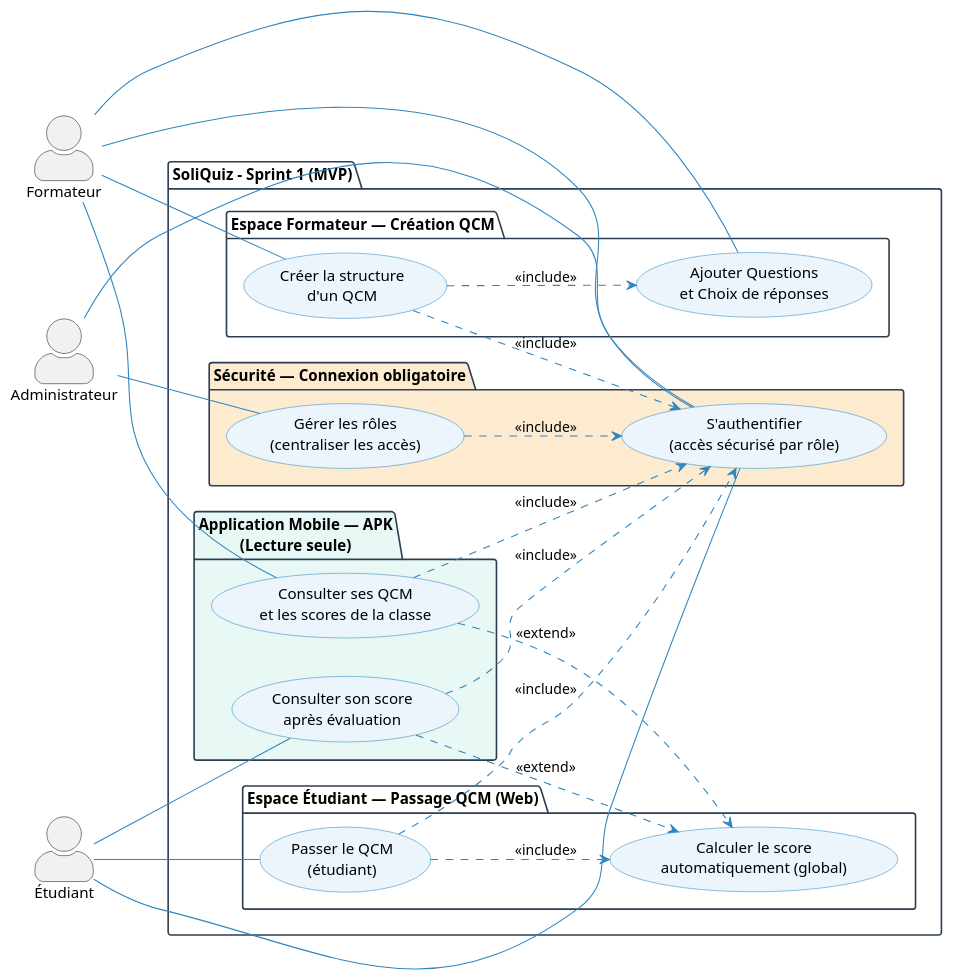
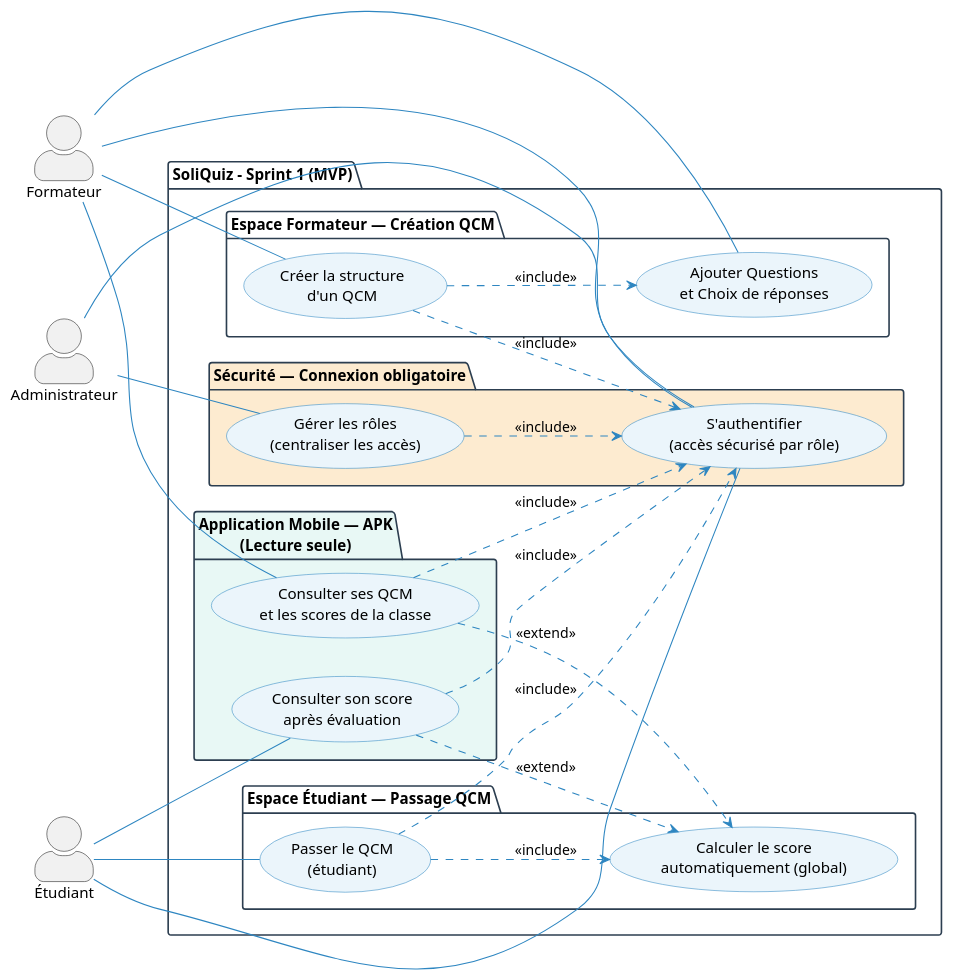
Before and after one commit to BENYEKHLEF-Anouar/SoliQuiz: the diagram in Analyse/cas-utilisation/cas-utilisation-sprint-1-mvp.puml, drawn with PlantUML. The commit also changed 2 other files, not shown here.

Commit message:
feat: Edit SoliQuiz Sprint 1 MVP use case diagram.

```diff
--- a/Analyse/cas-utilisation/cas-utilisation-sprint-1-mvp.puml
+++ b/Analyse/cas-utilisation/cas-utilisation-sprint-1-mvp.puml
@@ -1,57 +1,57 @@
 @startuml
 skinparam actorStyle awesome
 left to right direction
 skinparam package {
     BackgroundColor White
     BorderColor #2C3E50
 }
 skinparam usecase {
     BackgroundColor #EBF5FB
     BorderColor #2E86C1
     ArrowColor #2E86C1
 }
 actor "Administrateur" as A
 actor "Formateur" as F
 actor "Étudiant" as E
 
 package "SoliQuiz - Sprint 1 (MVP)" {
     package "Sécurité — Connexion obligatoire" #FDEBD0 {
         usecase "S'authentifier\n(accès sécurisé par rôle)" as UC1_5
         usecase "Gérer les rôles\n(centraliser les accès)" as UC1_6
     }
     package "Espace Formateur — Création QCM" {
         usecase "Créer la structure\nd'un QCM" as UC1_1
         usecase "Ajouter Questions\net Choix de réponses" as UC1_2
     }
-    package "Espace Étudiant — Passage QCM (Web)" {
+    package "Espace Étudiant — Passage QCM" {
         usecase "Passer le QCM\n(étudiant)" as UC1_3
         usecase "Calculer le score\nautomatiquement (global)" as UC1_4
     }
     package "Application Mobile — APK\n(Lecture seule)" #E8F8F5 {
         usecase "Consulter son score\naprès évaluation" as UC1_MOB_E
         usecase "Consulter ses QCM\net les scores de la classe" as UC1_MOB_F
     }
 }
 ' Acteurs vers Use Cases
 A -- UC1_5
 A -- UC1_6
 F -- UC1_5
 F -- UC1_1
 F -- UC1_2
 F -- UC1_MOB_F
 E -- UC1_5
 E -- UC1_3
 E -- UC1_MOB_E
 ' Relations logiques
 UC1_1 ..> UC1_2 : <<include>>
 UC1_3 ..> UC1_4 : <<include>>
 UC1_6 ..> UC1_5 : <<include>>
 ' Sécurité comme prérequis
 UC1_1 ..> UC1_5 : <<include>>
 UC1_3 ..> UC1_5 : <<include>>
 ' APK — lecture seule
 UC1_MOB_E ..> UC1_5 : <<include>>
 UC1_MOB_E ..> UC1_4 : <<extend>>
 UC1_MOB_F ..> UC1_5 : <<include>>
 UC1_MOB_F ..> UC1_4 : <<extend>>
 @enduml
```
